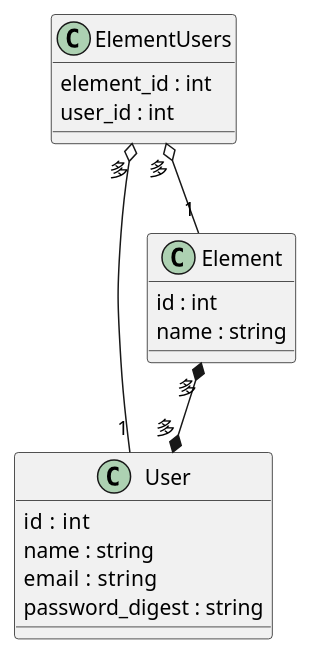
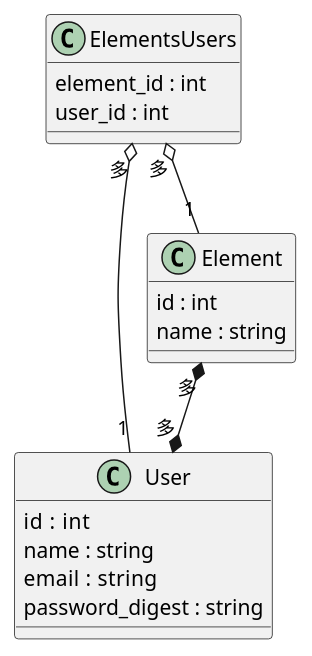
Before and after one commit to RyumaRyama/Longinus: the diagram in web/app/models/model_graf.pu, drawn with PlantUML.

Commit message:
model図の更新

```diff
--- a/web/app/models/model_graf.pu
+++ b/web/app/models/model_graf.pu
@@ -1,24 +1,24 @@
 @startuml
 
 class User {
   id  : int
   name : string
   email  : string
   password_digest : string
 }
 
-class ElementUsers {
+class ElementsUsers {
   element_id : int
   user_id : int
 }
 
 class Element {
   id : int
   name : string
 }
 
-ElementUsers  "多" o-- "1"  User 
-ElementUsers  "多" o-- "1"  Element 
+ElementsUsers  "多" o-- "1"  User 
+ElementsUsers  "多" o-- "1"  Element 
 Element "多" *--* "多" User
 
 @enduml
```
